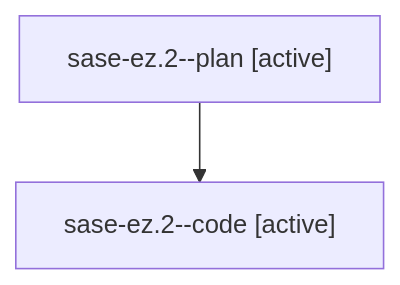
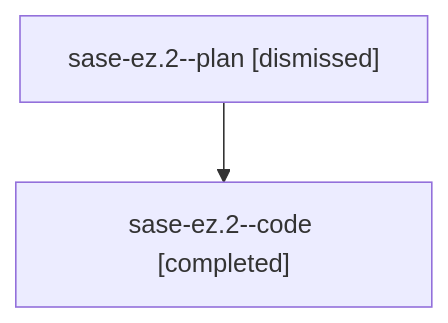
One commit to sase-org/sase--agents changed the diagram in families/bbugyi200.athena.sase-ez.2.md. Above: the diagram before and after it, drawn with Mermaid. The commit also changed other lines of this file and 5813 other files, not shown here.

````diff
--- a/families/bbugyi200.athena.sase-ez.2.md
+++ b/families/bbugyi200.athena.sase-ez.2.md
@@ -9,6 +9,6 @@
 ```mermaid
 flowchart TD
-  n0["sase-ez.2--plan [active]"]
-  n1["sase-ez.2--code [active]"]
+  n0["sase-ez.2--plan [dismissed]"]
+  n1["sase-ez.2--code [completed]"]
   n0 --> n1
 ```
````
